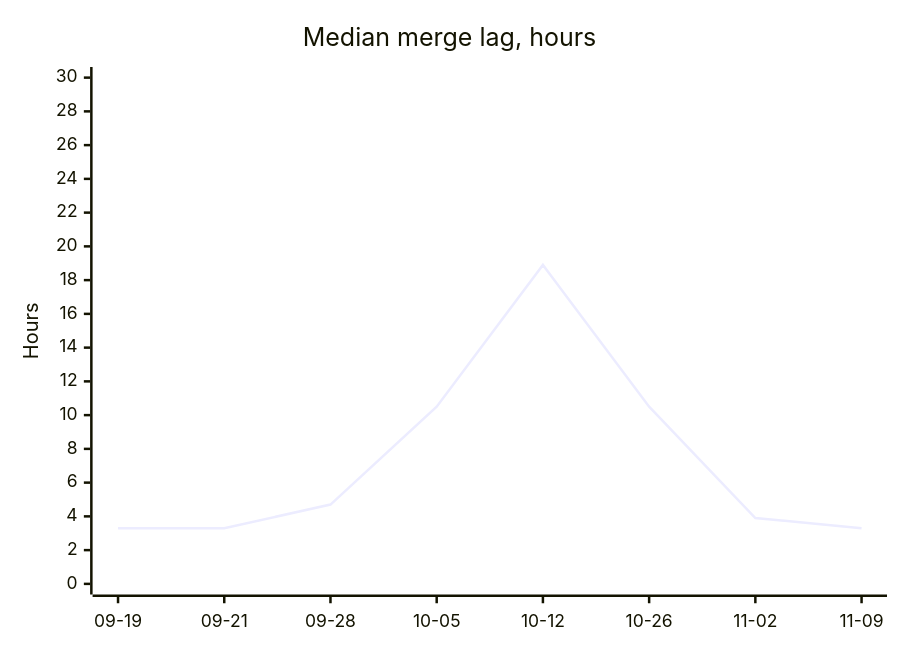
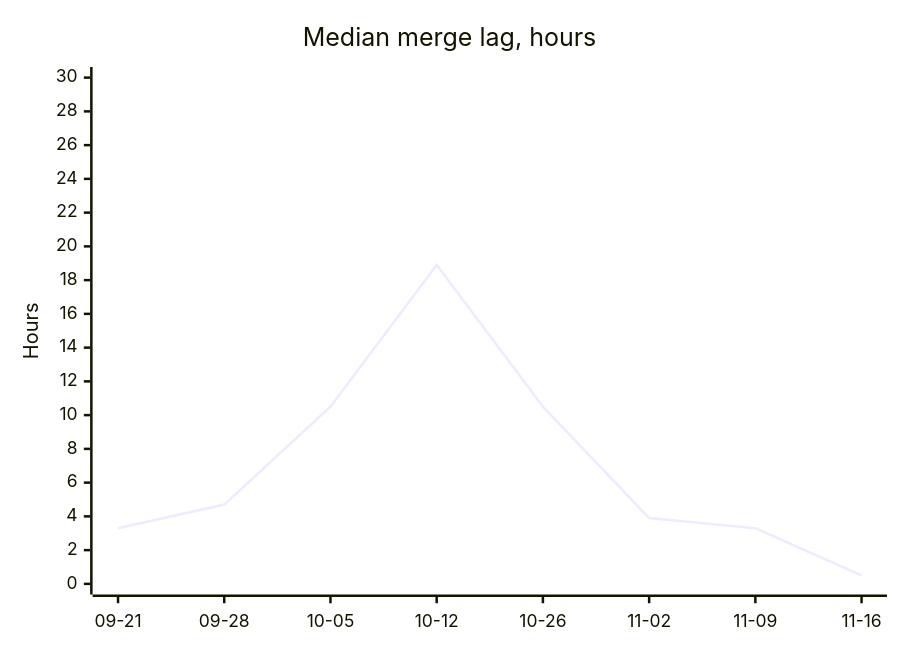
Before and after one commit to sipyourdrink-ltd/bernstein: the second of 3 diagrams in project-pulse.md, drawn with Mermaid. The commit also changed other lines of this file and 4 other files, not shown here.

````diff
--- a/project-pulse.md
+++ b/project-pulse.md
@@ -26,7 +26,7 @@
 ```mermaid
 xychart-beta
     title "Median merge lag, hours"
-    x-axis ["09-19", "09-21", "09-28", "10-05", "10-12", "10-26", "11-02", "11-09"]
+    x-axis ["09-21", "09-28", "10-05", "10-12", "10-26", "11-02", "11-09", "11-16"]
     y-axis "Hours" 0 --> 30
-    line [3.3, 3.3, 4.7, 10.5, 18.9, 10.5, 3.9, 3.3]
+    line [3.3, 4.7, 10.5, 18.9, 10.5, 3.9, 3.3, 0.5]
 ```
````
